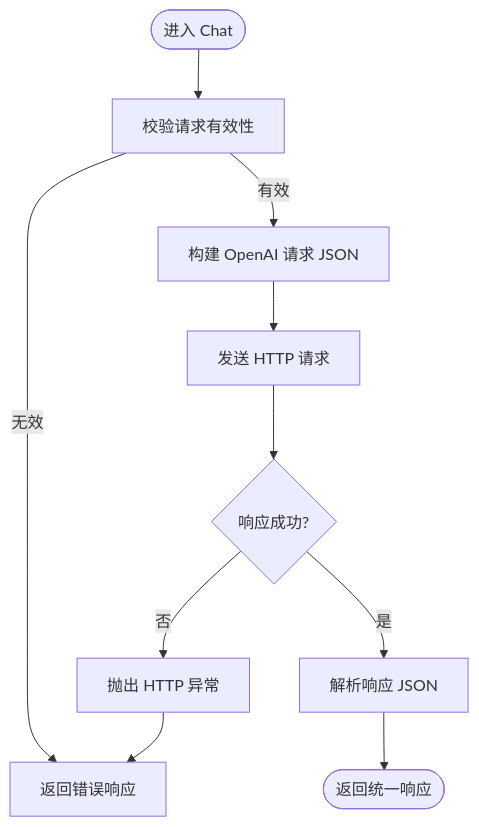
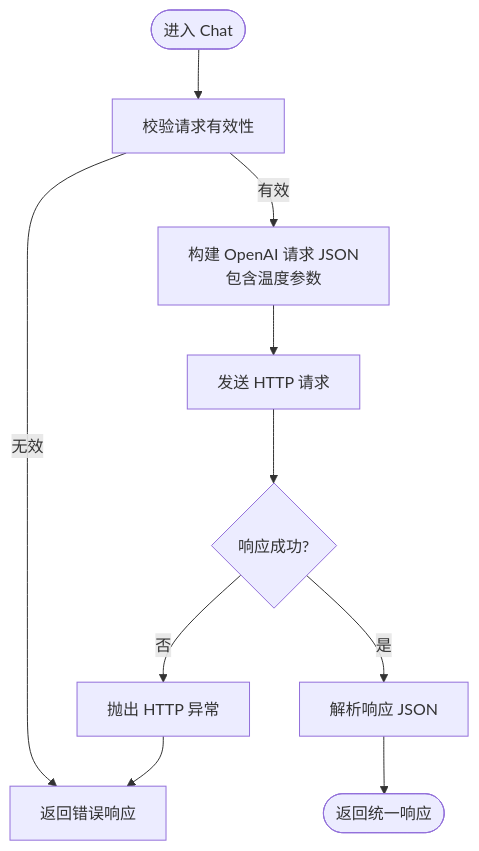
One commit to suzvka/RimLife changed the third of 7 diagrams in .qoder/repowiki/zh/content/LLM 集成系统/LLM 集成系统.md. Above: the diagram before and after it, drawn with Mermaid. The commit also changed other lines of this file and 32 other files, not shown here.

````diff
--- a/.qoder/repowiki/zh/content/LLM 集成系统/LLM 集成系统.md
+++ b/.qoder/repowiki/zh/content/LLM 集成系统/LLM 集成系统.md
@@ -176,12 +199,12 @@
 ```mermaid
 flowchart TD
 Start(["进入 Chat"]) --> Validate["校验请求有效性"]
 Validate --> |无效| Err["返回错误响应"]
-Validate --> |有效| Build["构建 OpenAI 请求 JSON"]
+Validate --> |有效| Build["构建 OpenAI 请求 JSON<br/>包含温度参数"]
 Build --> Send["发送 HTTP 请求"]
 Send --> Resp{"响应成功?"}
 Resp --> |否| HttpErr["抛出 HTTP 异常"]
 Resp --> |是| Parse["解析响应 JSON"]
 Parse --> Done(["返回统一响应"])
 HttpErr --> Err
 ```
````
